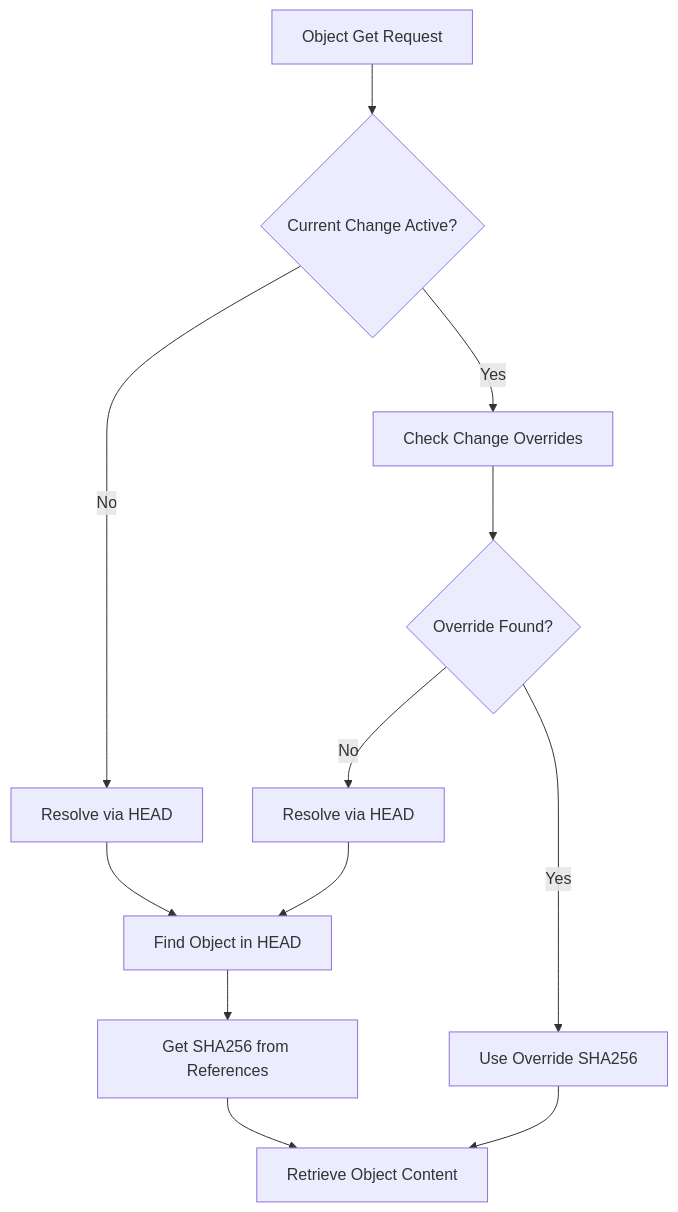
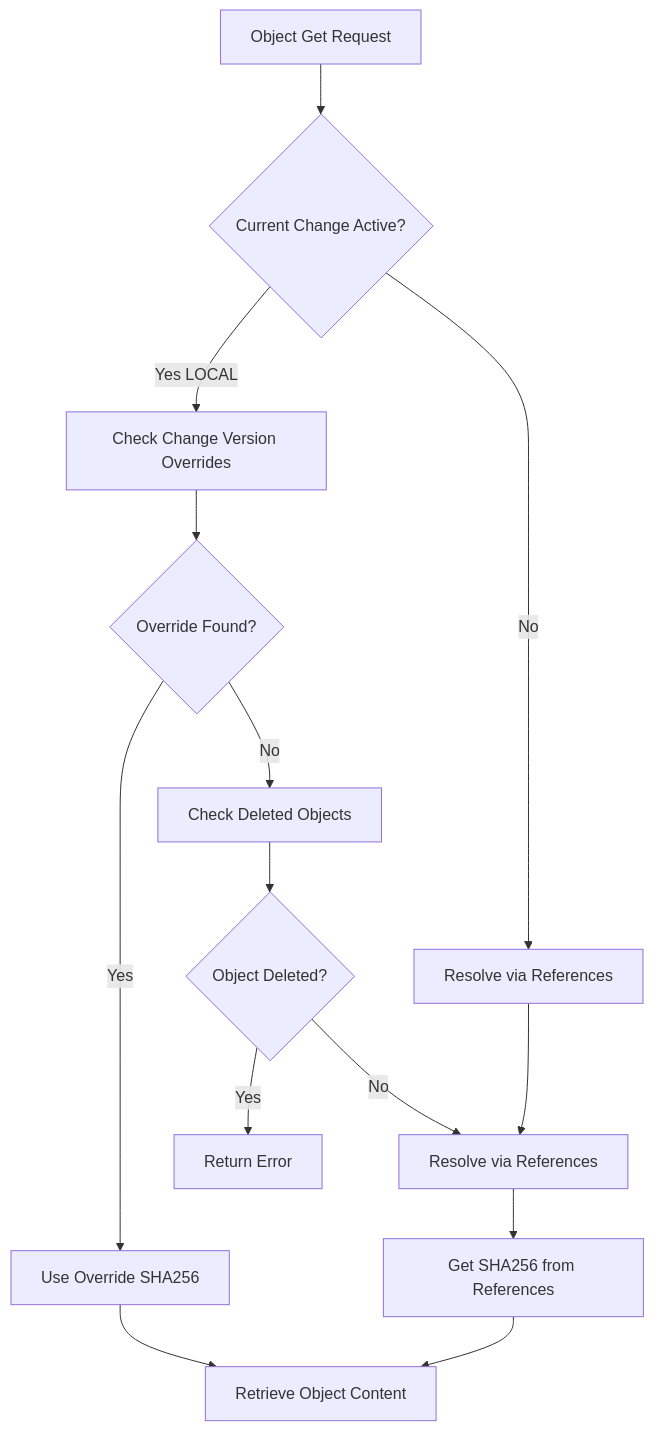
The second of 3 diagrams in vcs-worker/README.md (biscuitWizard/moor-hackercore), drawn with Mermaid before and after one commit. The commit also changed other lines of this file and 22 other files, not shown here.

````diff
--- a/vcs-worker/README.md
+++ b/vcs-worker/README.md
@@ -243,14 +256,16 @@
 ```mermaid
 graph TD
     A[Object Get Request] --> B{Current Change Active?}
-    B -->|Yes| C[Check Change Overrides]
-    B -->|No| D[Resolve via HEAD]
+    B -->|Yes LOCAL| C[Check Change Version Overrides]
+    B -->|No| D[Resolve via References]
     C --> E{Override Found?}
     E -->|Yes| F[Use Override SHA256]
-    E -->|No| G[Resolve via HEAD]
-    D --> H[Find Object in HEAD]
-    G --> H
-    H --> I[Get SHA256 from References]
-    I --> J[Retrieve Object Content]
-    F --> J
+    E -->|No| G[Check Deleted Objects]
+    G --> H{Object Deleted?}
+    H -->|Yes| I[Return Error]
+    H -->|No| J[Resolve via References]
+    D --> J
+    J --> K[Get SHA256 from References]
+    F --> L[Retrieve Object Content]
+    K --> L
 ```
````
